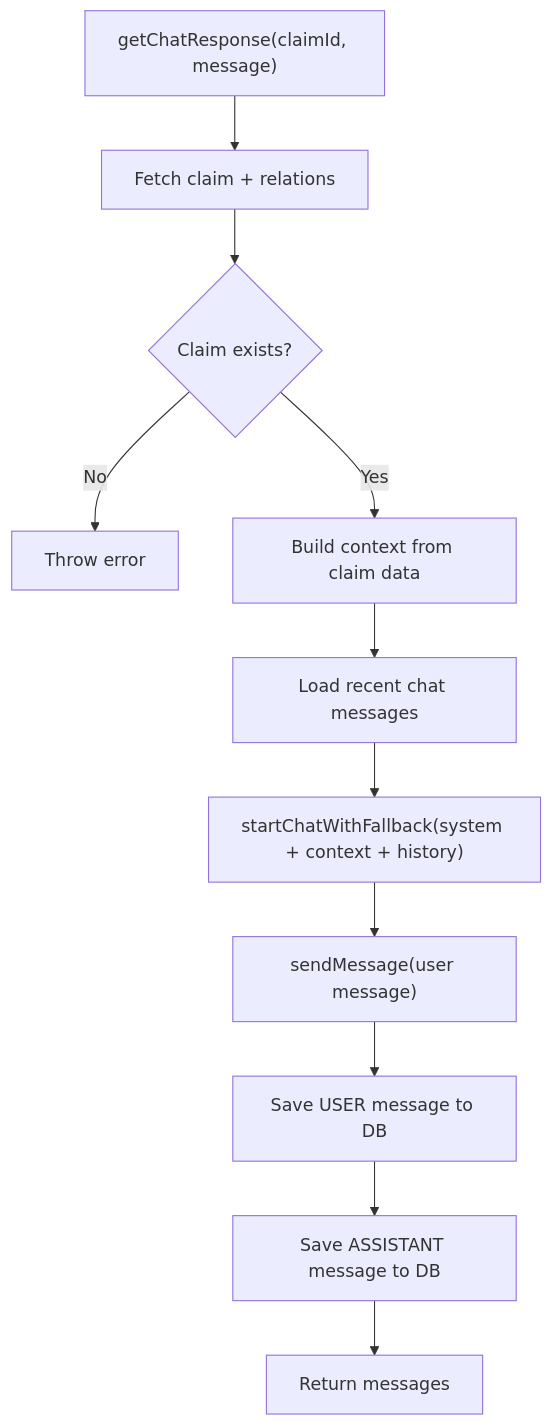
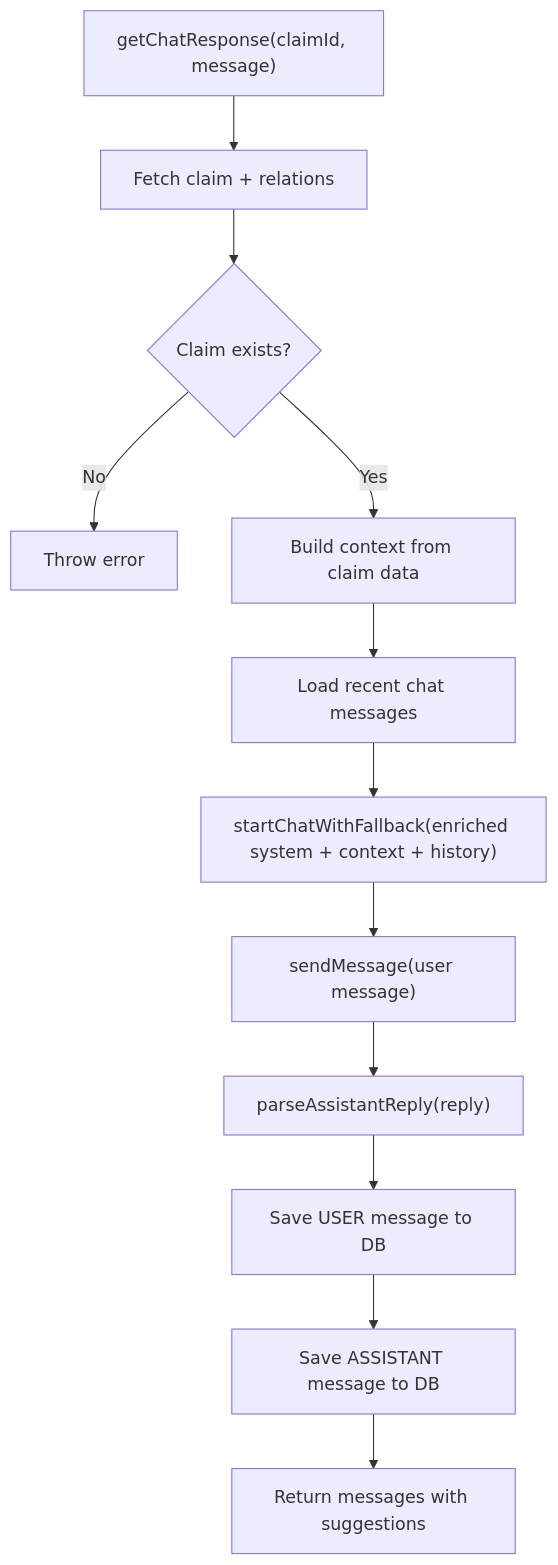
One commit to NaveenHiranya/Smart-Vehicle-Insurance-Claim-System changed the fifth of 7 diagrams in .qoder/repowiki/en/content/Frontend Documentation/Global AI Assistant.md. Above: the diagram before and after it, drawn with Mermaid. The commit also changed other lines of this file and 17 other files, not shown here.

````diff
--- a/.qoder/repowiki/en/content/Frontend Documentation/Global AI Assistant.md
+++ b/.qoder/repowiki/en/content/Frontend Documentation/Global AI Assistant.md
@@ -216,13 +276,14 @@
 ```mermaid
 flowchart TD
 A["getChatResponse(claimId, message)"] --> B["Fetch claim + relations"]
 B --> C{"Claim exists?"}
 C -- No --> E["Throw error"]
 C -- Yes --> D["Build context from claim data"]
 D --> F["Load recent chat messages"]
-F --> G["startChatWithFallback(system + context + history)"]
+F --> G["startChatWithFallback(enriched system + context + history)"]
 G --> H["sendMessage(user message)"]
-H --> I["Save USER message to DB"]
-I --> J["Save ASSISTANT message to DB"]
-J --> K["Return messages"]
+H --> I["parseAssistantReply(reply)"]
+I --> J["Save USER message to DB"]
+J --> K["Save ASSISTANT message to DB"]
+K --> L["Return messages with suggestions"]
 ```
````
